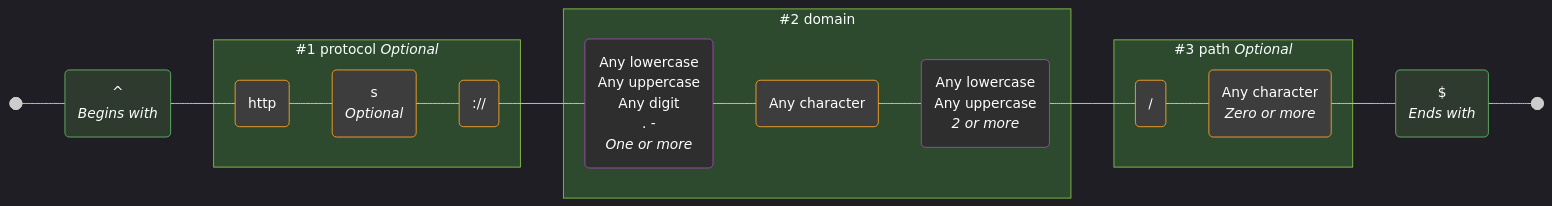
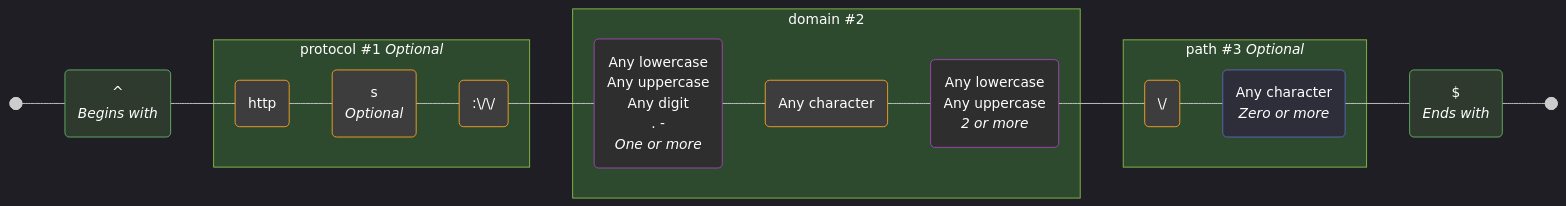
One commit to tayles/regex-to-mermaid changed the third of 5 diagrams in THEMES.md. Above: the diagram before and after it, drawn with Mermaid. The commit also changed other lines of this file and 89 other files, not shown here.

````diff
--- a/THEMES.md
+++ b/THEMES.md
@@ -220,67 +266,68 @@
 ```mermaid
 ---
 config:
   theme: dark
 ---
 
 graph LR
   accTitle: "Regex: ^(?<protocol>https?:\\/\\/)?(?<domain>[a-zA-Z0-9.-]+\\.[a-zA-Z]{2,})(?<path>\\/.*)?$"
-  accDescr: "Generated with regex-to-mermaid@1.0.4"
+  accDescr: "Generated with regex-to-mermaid@2.0.0"
 
   %% Nodes
   start@{ shape: f-circ };
   fin@{ shape: f-circ };
   assertion_1("^<br><i>Begins with</i>"):::assertion;
   literal_1("http"):::literal;
   literal_2("s<br><i>Optional</i>"):::literal;
-  literal_3("://"):::literal;
+  literal_3(":\/\/"):::literal;
   char_class_1("Any lowercase<br>Any uppercase<br>Any digit<br>. -<br><i>One or more</i>"):::char-class;
   literal_4("Any character"):::literal;
   char_class_2("Any lowercase<br>Any uppercase<br><i>2 or more</i>"):::char-class;
-  literal_5("/"):::literal;
-  literal_6("Any character<br><i>Zero or more</i>"):::literal;
+  literal_5("\/"):::literal;
+  char_set_1("Any character<br><i>Zero or more</i>"):::char-set;
   assertion_2("$<br><i>Ends with</i>"):::assertion;
 
   %% Subgraphs
-  subgraph named_capture_1 ["#1 protocol <i>Optional</i>"]
+  subgraph named_capture_1 ["protocol #1 <i>Optional</i>"]
     literal_1
     literal_2
     literal_3
   end
 
-  subgraph named_capture_2 ["#2 domain"]
+  subgraph named_capture_2 ["domain #2"]
     char_class_1
     literal_4
     char_class_2
   end
 
-  subgraph named_capture_3 ["#3 path <i>Optional</i>"]
+  subgraph named_capture_3 ["path #3 <i>Optional</i>"]
     literal_5
-    literal_6
+    char_set_1
   end
 
   %% Edges
   start --- assertion_1;
   assertion_1 --- literal_1;
   literal_1 --- literal_2;
   literal_2 --- literal_3;
   literal_3 --- char_class_1;
   char_class_1 --- literal_4;
   literal_4 --- char_class_2;
   char_class_2 --- literal_5;
-  literal_5 --- literal_6;
-  literal_6 --- assertion_2;
+  literal_5 --- char_set_1;
+  char_set_1 --- assertion_2;
   assertion_2 --- fin;
 
   %% Styles
   %% Node Styling
   classDef assertion fill:#2D3A2D,stroke:#66BB6A,color:#FFFFFF;
   classDef literal fill:#3D3D3D,stroke:#FFA726,color:#FFFFFF;
   classDef char-class fill:#2E2E2E,stroke:#AB47BC,color:#FFFFFF;
+  classDef char-set fill:#2E2E3A,stroke:#5C6BC0,color:#FFFFFF;
 
   %% Group Styling
-  classDef named-capture fill:#2E4A2E,stroke:#8BC34A;
+  classDef named-capture fill:#2E4A2E,stroke:#8BC34A,color:#FFFFFF;
 
   %% Apply Group Classes
   class named_capture_1,named_capture_2,named_capture_3 named-capture;
 ```
````
